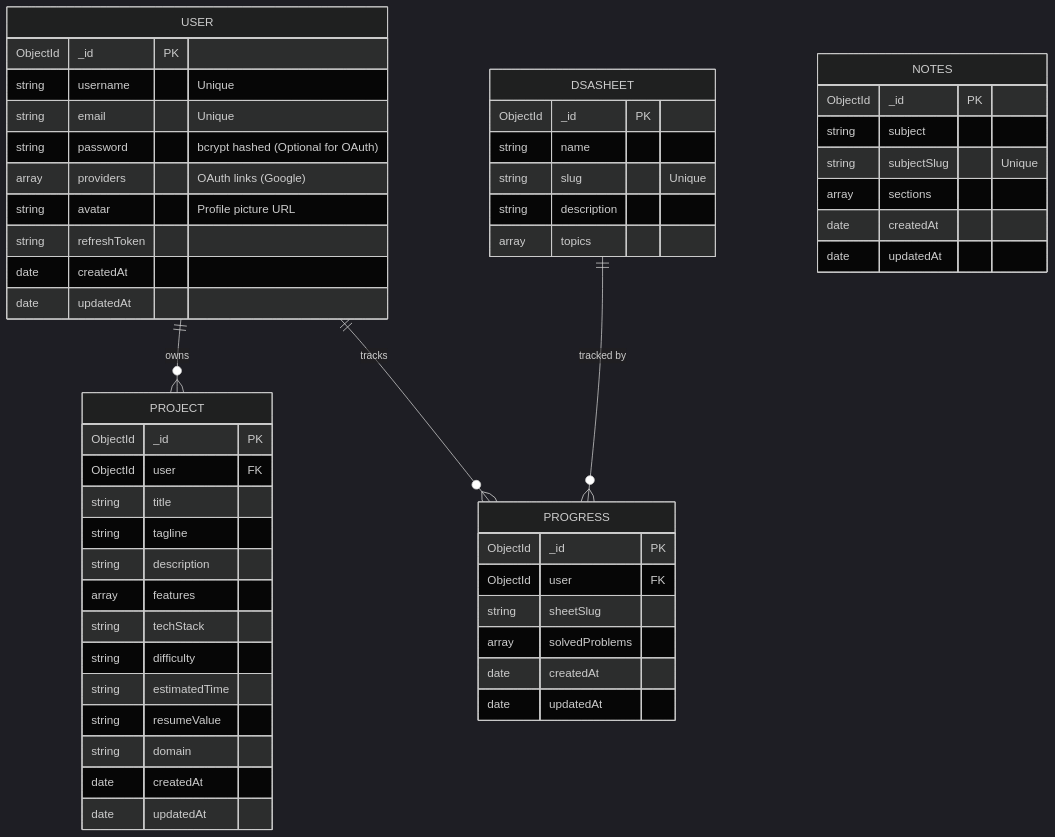
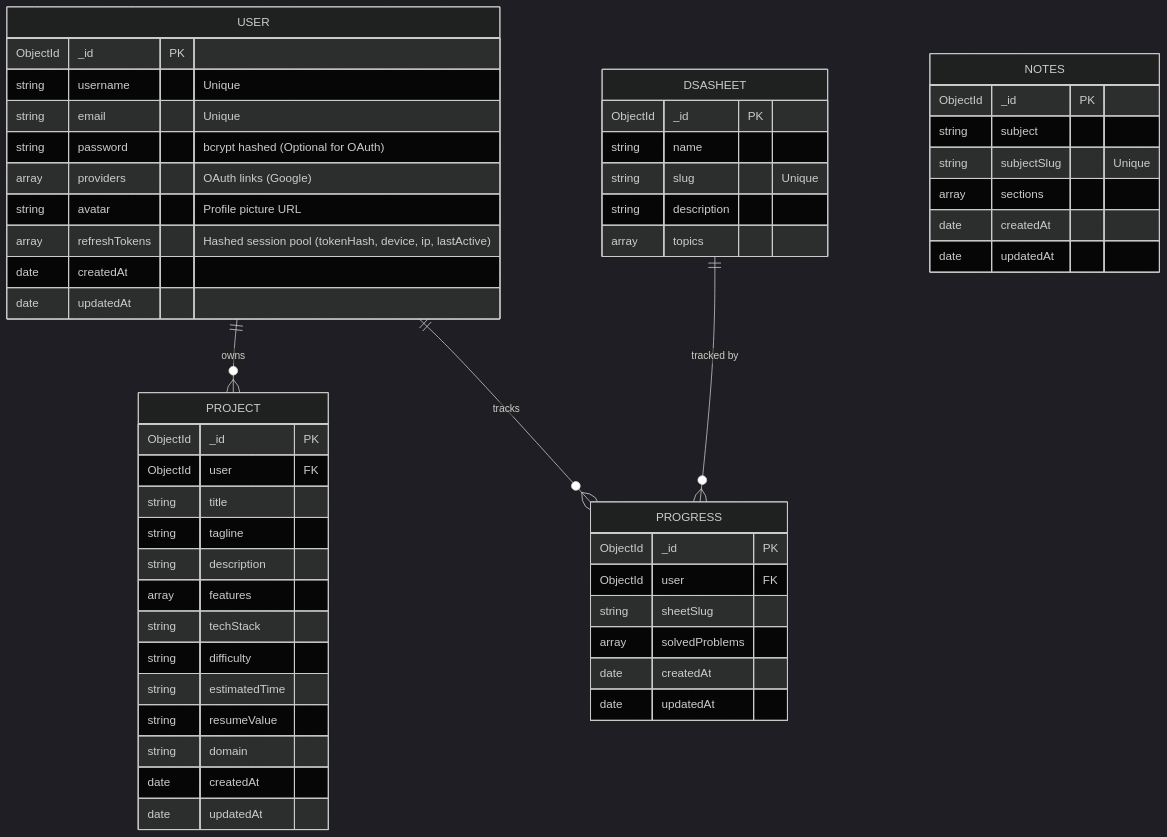
The fourth of 4 diagrams in README.md (SahilSameer18/prepstack), drawn with Mermaid (dark theme) before and after one commit. The commit also changed other lines of this file and 2 other files, not shown here.

Commit message:
docs: update README with multi-device hashed auth, active sessions, and GDPR endpoints

````diff
--- a/README.md
+++ b/README.md
@@ -286,60 +295,60 @@
 ```mermaid
 erDiagram
     USER {
         ObjectId _id PK
         string username "Unique"
         string email "Unique"
         string password "bcrypt hashed (Optional for OAuth)"
         array providers "OAuth links (Google)"
         string avatar "Profile picture URL"
-        string refreshToken
+        array refreshTokens "Hashed session pool (tokenHash, device, ip, lastActive)"
         date createdAt
         date updatedAt
     }
 
     PROJECT {
         ObjectId _id PK
         ObjectId user FK
         string title
         string tagline
         string description
         array features
         string techStack
         string difficulty
         string estimatedTime
         string resumeValue
         string domain
         date createdAt
         date updatedAt
     }
 
     DSASHEET {
         ObjectId _id PK
         string name
         string slug "Unique"
         string description
         array topics
     }
 
     PROGRESS {
         ObjectId _id PK
         ObjectId user FK
         string sheetSlug
         array solvedProblems
         date createdAt
         date updatedAt
     }
 
     NOTES {
         ObjectId _id PK
         string subject
         string subjectSlug "Unique"
         array sections
         date createdAt
         date updatedAt
     }
 
     USER ||--o{ PROJECT : "owns"
     USER ||--o{ PROGRESS : "tracks"
     DSASHEET ||--o{ PROGRESS : "tracked by"
 ```
````
